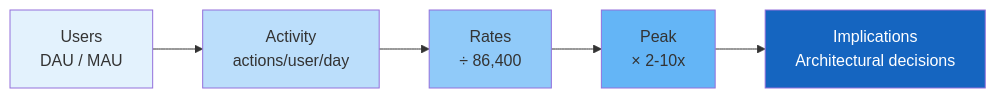
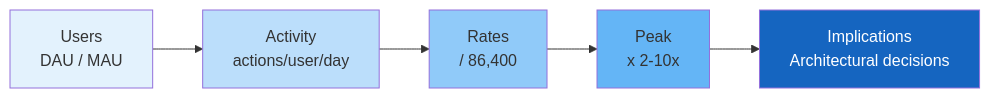
Diagram 14 of 17 in Section2/Chapter_16_Phase_3_Scale_Capacity_Planning.md (ranjeetnegi/System-Design-for-Staff-SWE), drawn with Mermaid before and after one commit. The commit also changed other lines of this file and 20 other files, not shown here.

````diff
--- a/Section2/Chapter_16_Phase_3_Scale_Capacity_Planning.md
+++ b/Section2/Chapter_16_Phase_3_Scale_Capacity_Planning.md
@@ -2107,12 +2107,12 @@
 ```mermaid
 flowchart LR
     A["Users\nDAU / MAU"] --> B["Activity\nactions/user/day"]
-    B --> C["Rates\n÷ 86,400"]
-    C --> D["Peak\n× 2-10x"]
+    B --> C["Rates\n/ 86,400"]
+    C --> D["Peak\nx 2-10x"]
     D --> E["Implications\nArchitectural decisions"]
     style A fill:#E3F2FD
     style B fill:#BBDEFB
     style C fill:#90CAF9
     style D fill:#64B5F6
     style E fill:#1565C0,color:#fff
 ```
````
